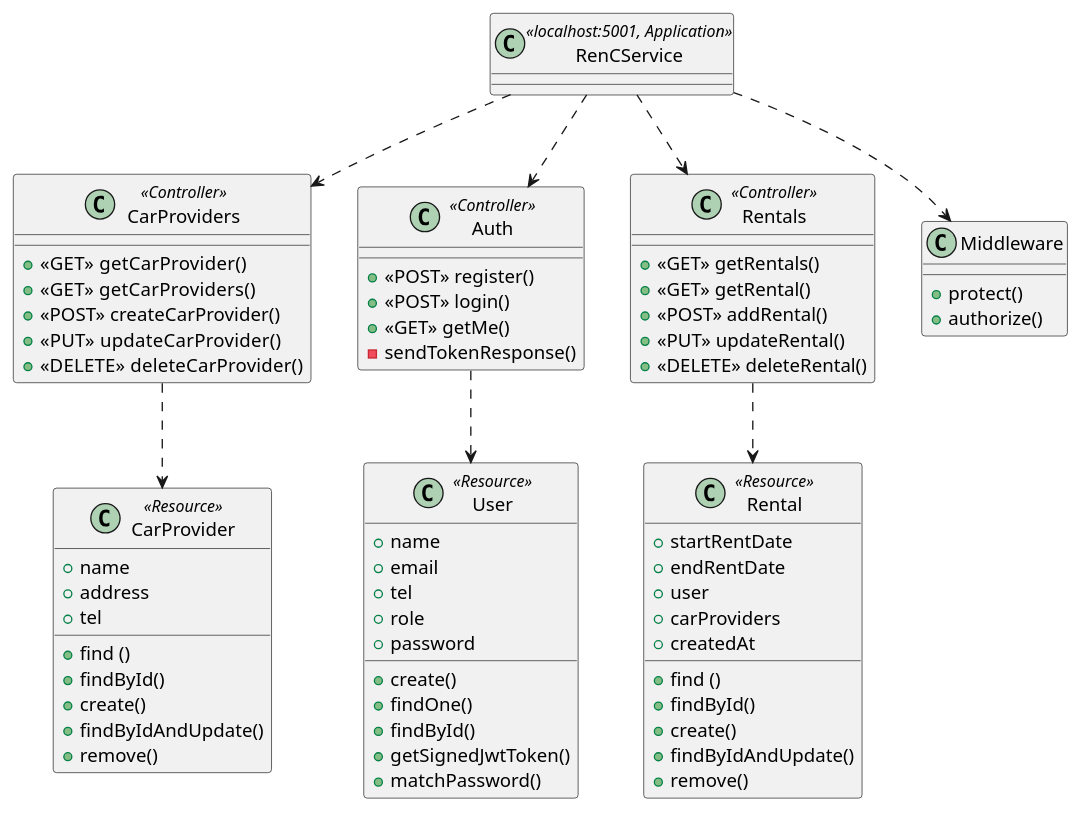
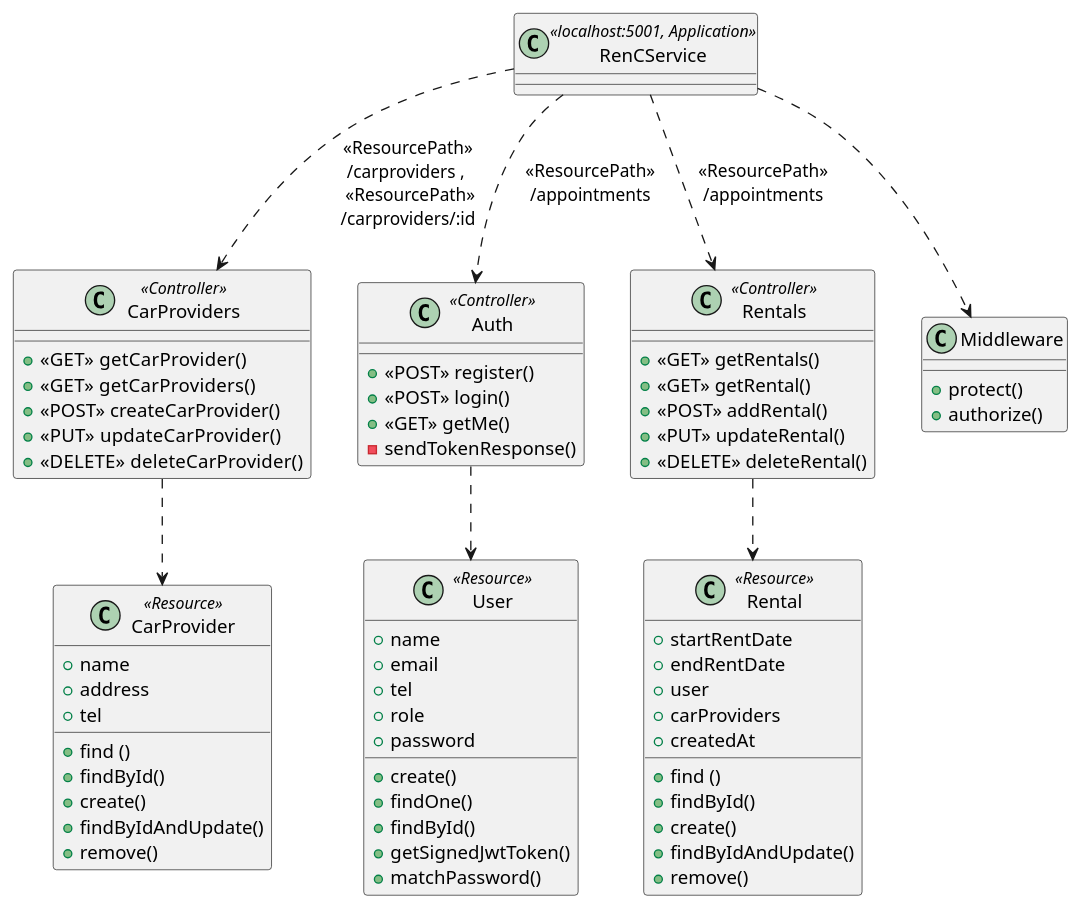
Before and after one commit to cchaiyatad/RenC: the diagram in docs/class.pu, drawn with PlantUML. The commit also changed 13 other files, not shown here.

Commit message:
docs: add diagram

```diff
--- a/docs/class.pu
+++ b/docs/class.pu
@@ -1,86 +1,86 @@
 @startuml class
 
 class RenCService << localhost:5001, Application >> {
 }
 
 class CarProviders << Controller >> {
     {method} + <<GET>>  getCarProvider()
     {method} + <<GET>>  getCarProviders()
     {method} + <<POST>> createCarProvider()
     {method} + <<PUT>>  updateCarProvider()
     {method} + <<DELETE>>  deleteCarProvider()
 }
 
 class CarProvider << Resource >> {
     {field} + name
     {field} + address
     {field} + tel
 
     {method} + find ()
     {method} + findById()
     {method} + create()
     {method} + findByIdAndUpdate()
     {method} + remove()
 }
 
 
 class Auth << Controller >> {
     {method} + <<POST>> register()
     {method} + <<POST>> login()
     {method} + <<GET>> getMe()
     {method} - sendTokenResponse()
 }
 
 class User << Resource >> {
     {field} + name
     {field} + email
     {field} + tel
     {field} + role
     {field} + password
 
     {method} + create()
     {method} + findOne()
     {method} + findById()
     {method} + getSignedJwtToken()
     {method} + matchPassword()
 }
 
 class Rentals << Controller >> {
     {method} + <<GET>> getRentals()
     {method} + <<GET>> getRental()
     {method} + <<POST>> addRental()
     {method} + <<PUT>> updateRental()
     {method} + <<DELETE>> deleteRental()
 }
 
 class Rental << Resource >> {
     {field} + startRentDate
     {field} + endRentDate
     {field} + user
     {field} + carProviders
     {field} + createdAt
 
     {method} + find ()
     {method} + findById()
     {method} + create()
     {method} + findByIdAndUpdate()
     {method} + remove()
 }
 
 class Middleware {
     {method} + protect()
     {method} + authorize()
 }
 
-RenCService ..> CarProviders
+RenCService ..> CarProviders : <<ResourcePath>>\n/carproviders , \n <<ResourcePath>>\n/carproviders/:id
 CarProviders ..> CarProvider
 
-RenCService ..> Auth
+RenCService ..> Auth : <<ResourcePath>>\n/appointments
 Auth ..> User
 
-RenCService ..> Rentals
+RenCService ..> Rentals : <<ResourcePath>>\n/appointments
 Rentals ..> Rental
 
 RenCService ..> Middleware
 
 @enduml
```
